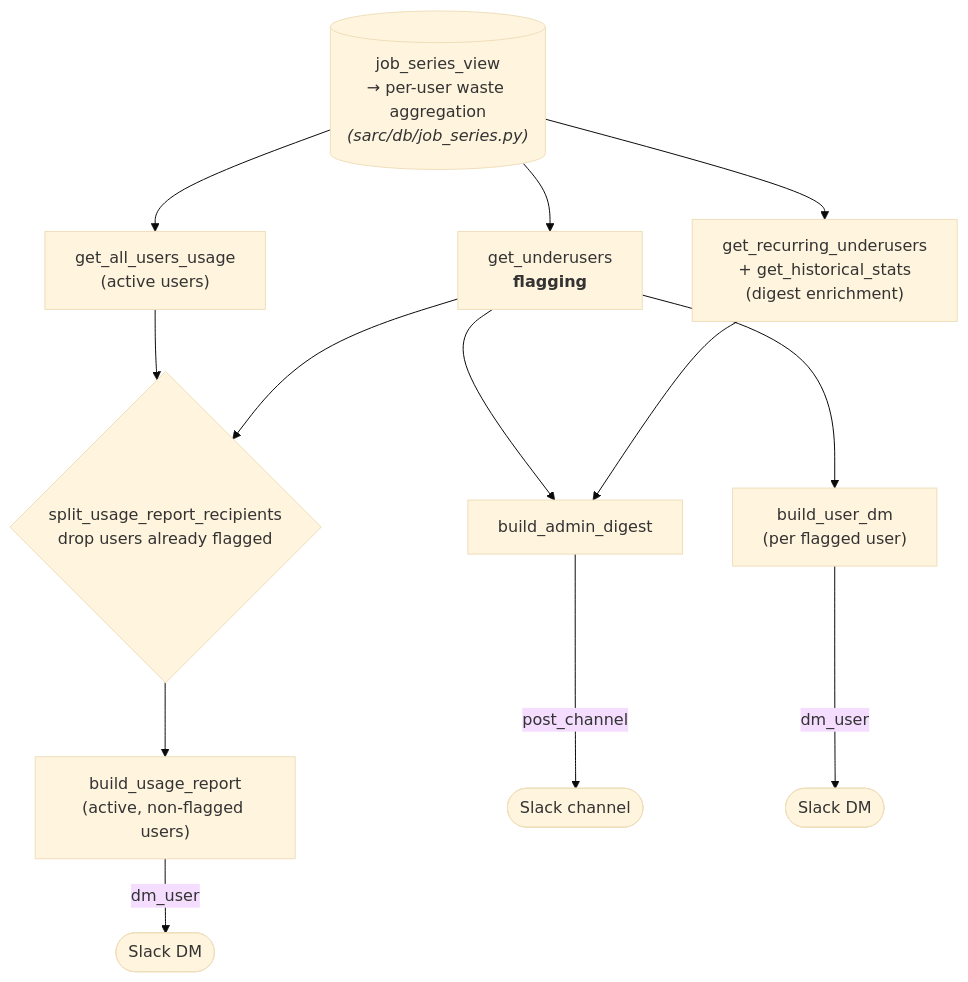
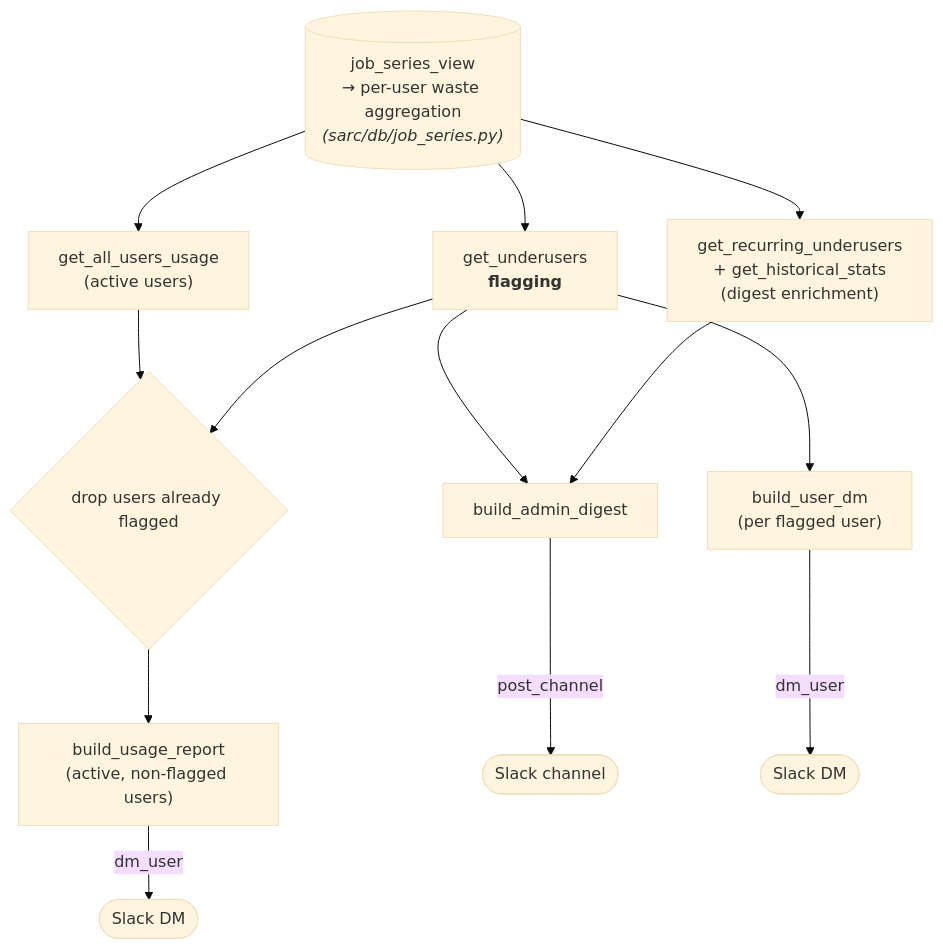
The first of 2 diagrams in docs/dev_overview/underusage_notifications.md (mila-iqia/SARC), drawn with Mermaid (base theme) before and after one commit. The commit also changed other lines of this file and 16 other files, not shown here.

````diff
--- a/docs/dev_overview/underusage_notifications.md
+++ b/docs/dev_overview/underusage_notifications.md
@@ -42,19 +42,19 @@
 ```mermaid
 flowchart TD
     JS[("job_series_view<br/>→ per-user waste aggregation<br/><i>(sarc/db/job_series.py)</i>")]
 
     JS --> FLAG["get_underusers<br/><b>flagging</b>"]
     JS --> USAGE["get_all_users_usage<br/>(active users)"]
     JS --> REC["get_recurring_underusers<br/>+ get_historical_stats<br/>(digest enrichment)"]
 
     FLAG --> DIGEST["build_admin_digest"]
     REC --> DIGEST
     FLAG --> DM["build_user_dm<br/>(per flagged user)"]
-    USAGE --> SPLIT{"split_usage_report_recipients<br/>drop users already flagged"}
+    USAGE --> SPLIT{"drop users already flagged"}
     FLAG --> SPLIT
     SPLIT --> REPORT["build_usage_report<br/>(active, non-flagged users)"]
 
     DIGEST -->|post_channel| CH(["Slack channel"])
     DM -->|dm_user| U1(["Slack DM"])
     REPORT -->|dm_user| U2(["Slack DM"])
 ```
````
